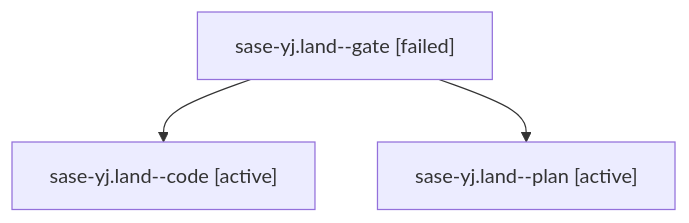
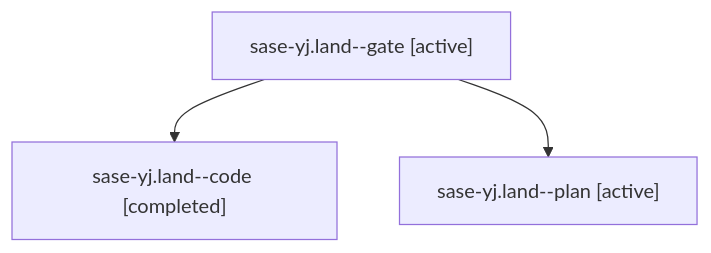
The diagram in families/bbugyi200.athena.sase-yj.land.md (sase-org/sase--agents), drawn with Mermaid before and after one commit. The commit also changed other lines of this file and 35830 other files, not shown here.

````diff
--- a/families/bbugyi200.athena.sase-yj.land.md
+++ b/families/bbugyi200.athena.sase-yj.land.md
@@ -9,8 +9,8 @@
 ```mermaid
 flowchart TD
-  n0["sase-yj.land--gate [failed]"]
-  n1["sase-yj.land--code [active]"]
+  n0["sase-yj.land--gate [active]"]
+  n1["sase-yj.land--code [completed]"]
   n0 --> n1
   n2["sase-yj.land--plan [active]"]
   n0 --> n2
 ```
````
